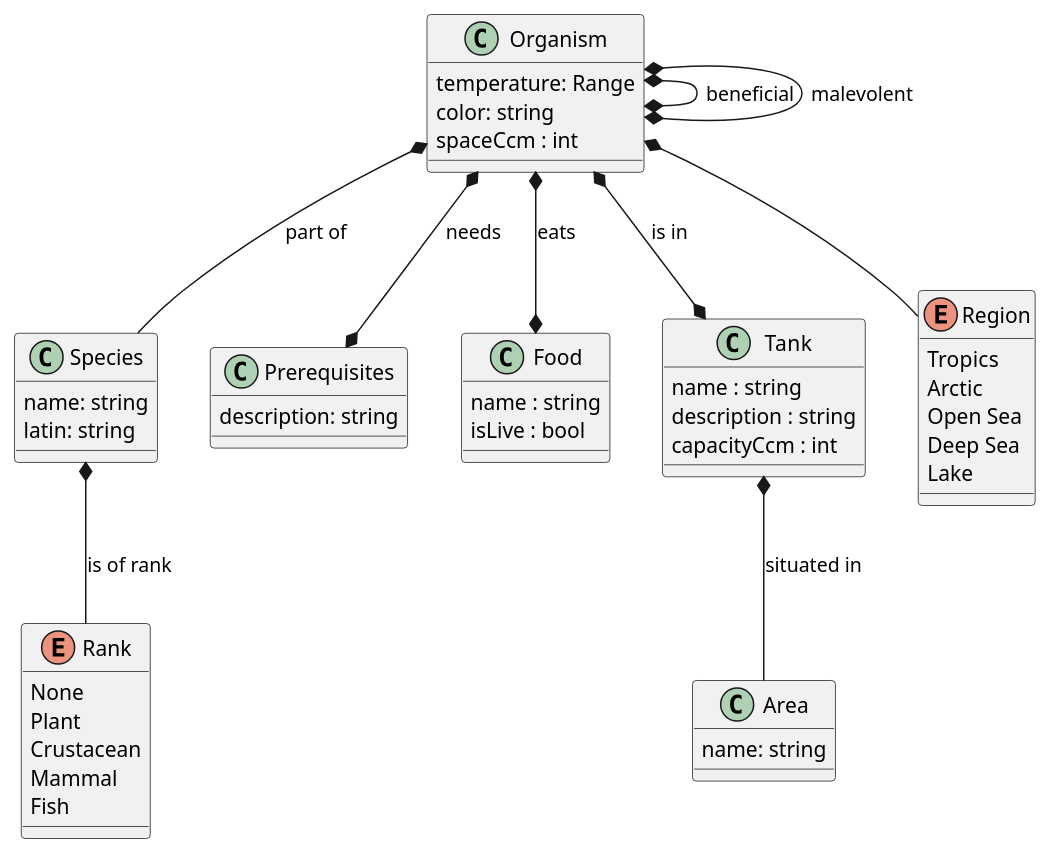
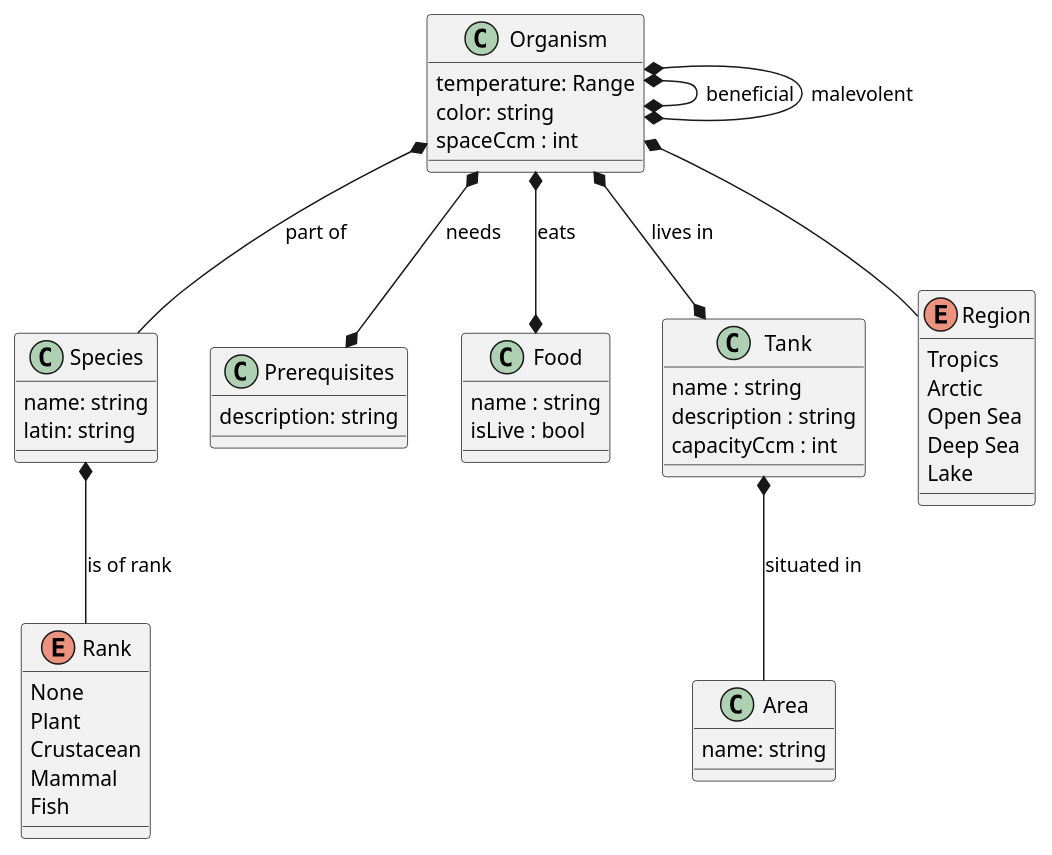
Before and after one commit to maixnor/Spg.Meixner.Pos.Aquarium: the diagram in Spg.Meixner.Pos.Aquarium.Angular/Models/domain.puml, drawn with PlantUML.

Commit message:
restructured puml relations

```diff
--- a/Spg.Meixner.Pos.Aquarium.Angular/Models/domain.puml
+++ b/Spg.Meixner.Pos.Aquarium.Angular/Models/domain.puml
@@ -1,55 +1,55 @@
 @startuml
 'https://plantuml.com/class-diagram
 
 
 class Species {
     name: string
     latin: string
 }
 class Organism {
     temperature: Range
     color: string
     spaceCcm : int
 }
 class Prerequisites {
     description: string
 }
 class Food {
     name : string
     isLive : bool
 }
 class Tank {
     name : string
     description : string
     capacityCcm : int
 }
 class Area {
     name: string
 }
 
 enum Region {
     Tropics
     Arctic
     Open Sea
     Deep Sea
     Lake
 }
 enum Rank {
     None
     Plant
     Crustacean
     Mammal
     Fish
 }
 
-Species *-- Rank : is of rank
-Organism *-- Species : part of
-Organism *-- Region
-Organism *-up-* Organism : beneficial
-Organism *-right-* Organism : malevolent
-Organism *--* Tank : is in
-Organism *--* Prerequisites : needs
-Organism *--* Food : eats
-Tank *-- Area : situated in
+Species     *--      Rank               : is of rank
+Organism    *--      Species            : part of
+Organism    *--      Region         
+Organism    *--*     Organism           : beneficial
+Organism    *--*     Organism           : malevolent
+Organism    *--*     Tank               : lives in
+Organism    *--*     Prerequisites      : needs
+Organism    *--*     Food               : eats
+Tank        *--      Area               : situated in
 
 @enduml
```
